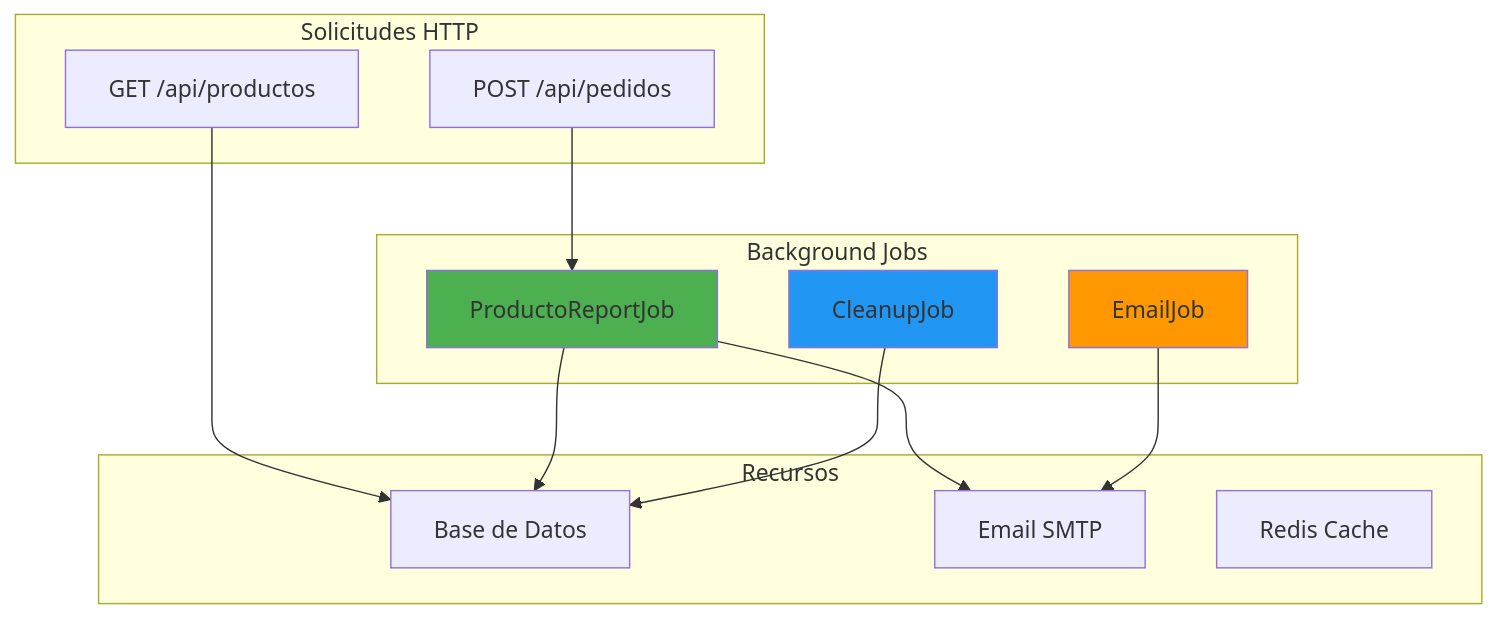
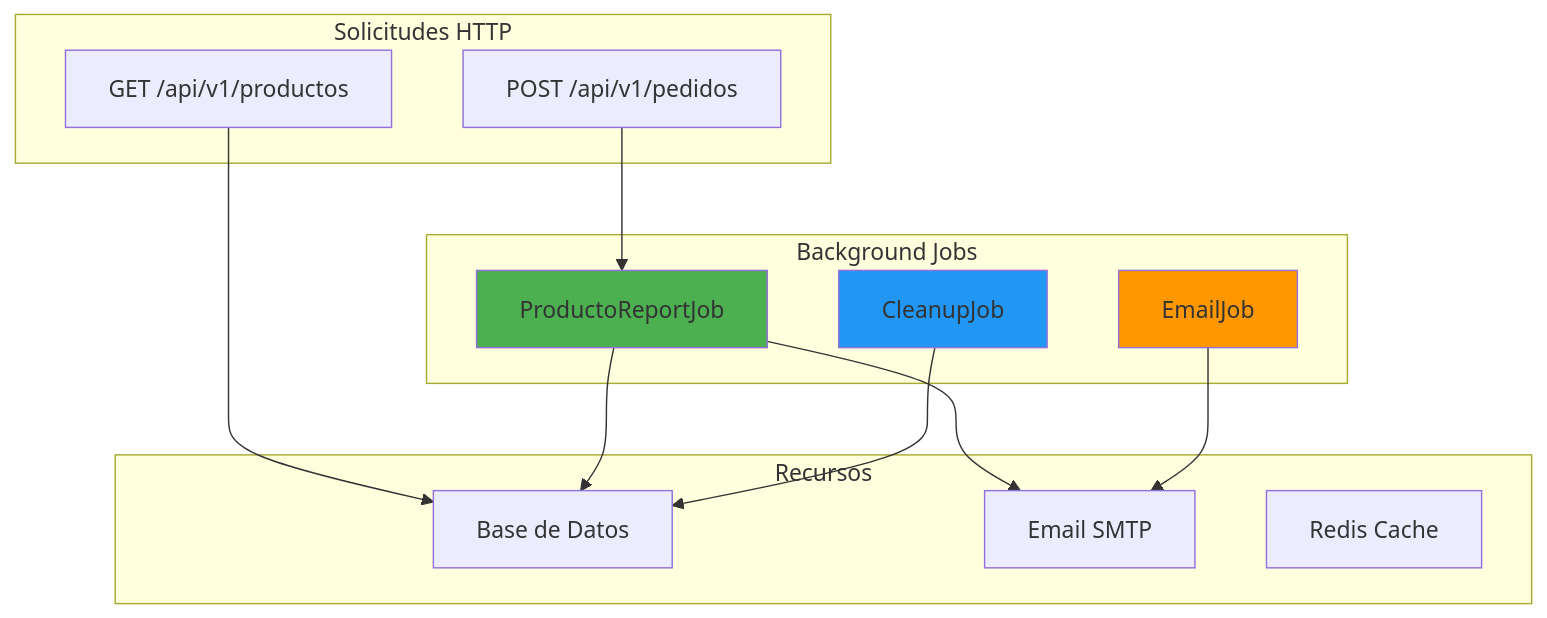
The first of 3 diagrams in doc/22-background-jobs.md (joseluisgs/TiendaDawApi-NetCore), drawn with Mermaid before and after one commit. The commit also changed 237 other files, not shown here.

````diff
--- a/doc/22-background-jobs.md
+++ b/doc/22-background-jobs.md
@@ -26,30 +26,30 @@
 ```mermaid
 flowchart TB
     subgraph "Solicitudes HTTP"
-        H1["GET /api/productos"]
-        H2["POST /api/pedidos"]
+        H1["GET /api/v1/productos"]
+        H2["POST /api/v1/pedidos"]
     end
     
     subgraph "Background Jobs"
         J1["ProductoReportJob"]
         J2["CleanupJob"]
         J3["EmailJob"]
     end
     
     subgraph "Recursos"
         B1["Base de Datos"]
         B2["Email SMTP"]
         B3["Redis Cache"]
     end
     
     H1 --> B1
     H2 --> J1
     J1 --> B1
     J1 --> B2
     J2 --> B1
     J3 --> B2
     
     style J1 fill:#4CAF50
     style J2 fill:#2196F3
     style J3 fill:#FF9800
 ```
````
